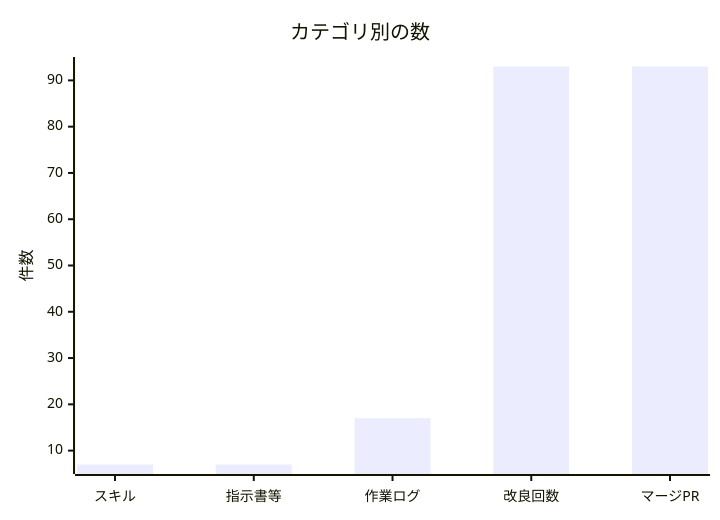
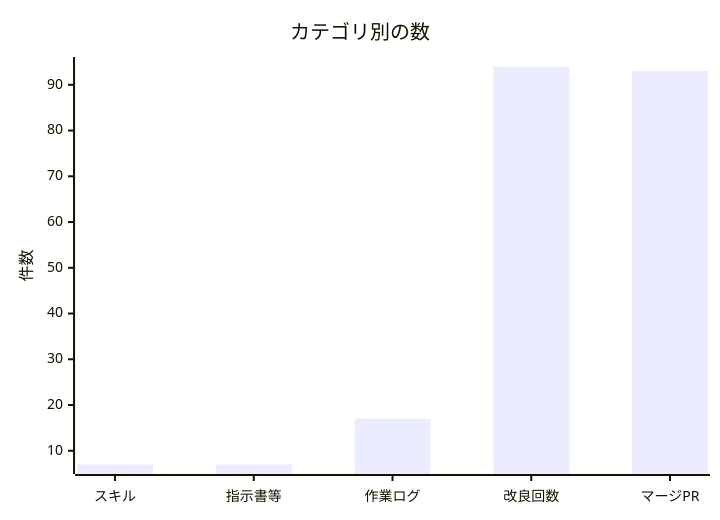
The second of 2 diagrams in docs/進化レポート.md (non-x2/non-x2), drawn with Mermaid before and after one commit. The commit also changed other lines of this file and 1 other file, not shown here.

````diff
--- a/docs/進化レポート.md
+++ b/docs/進化レポート.md
@@ -33,7 +33,7 @@
 ```mermaid
 xychart-beta
     title "カテゴリ別の数"
     x-axis ["スキル", "指示書等", "作業ログ", "改良回数", "マージPR"]
     y-axis "件数"
-    bar [7, 7, 17, 93, 93]
+    bar [7, 7, 17, 94, 93]
 ```
````
